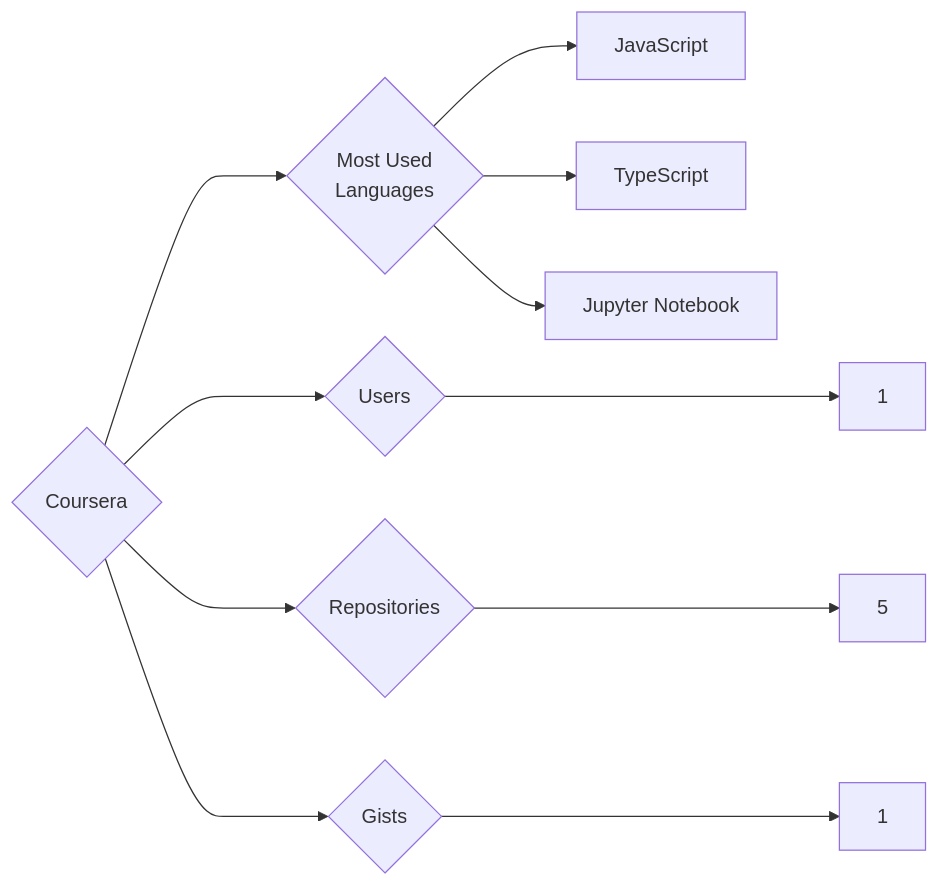
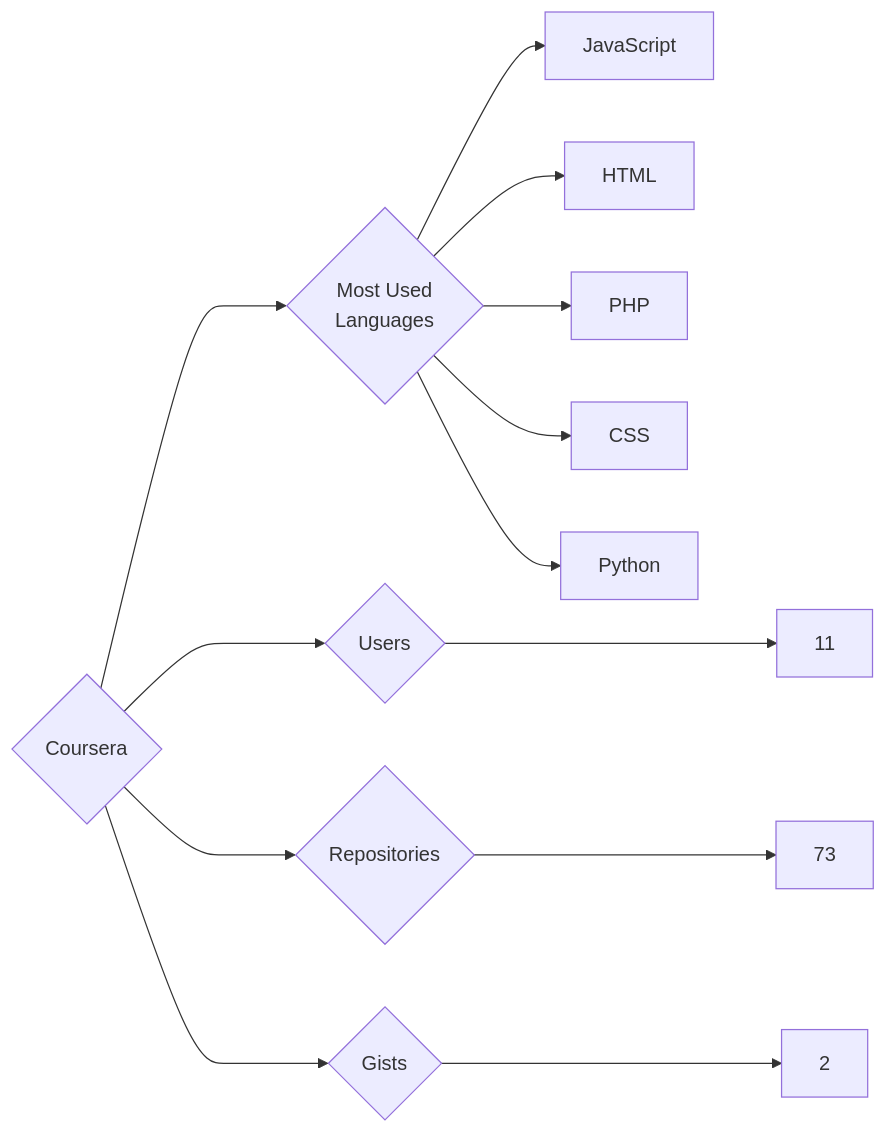
The diagram in targets/Coursera/README.md (trickest/insiders), drawn with Mermaid before and after one commit. The commit also changed 826 other files, not shown here.

````diff
--- a/targets/Coursera/README.md
+++ b/targets/Coursera/README.md
@@ -3,11 +3,13 @@
 ```mermaid
 graph LR
 COMPANY_NAME{Coursera}
-COMPANY_NAME ---> U{Users} ---> UN[1]
-COMPANY_NAME ---> R{Repositories} ---> RN[5]
-COMPANY_NAME ---> G{Gists} ---> GN[1]
+COMPANY_NAME ---> U{Users} ---> UN[11]
+COMPANY_NAME ---> R{Repositories} ---> RN[73]
+COMPANY_NAME ---> G{Gists} ---> GN[2]
 COMPANY_NAME ---> ML{Most Used<br>Languages}
 ML --> JavaScript[JavaScript]
-ML --> TypeScript[TypeScript]
-ML --> Jupyter_Notebook[Jupyter Notebook]
+ML --> HTML[HTML]
+ML --> PHP[PHP]
+ML --> CSS[CSS]
+ML --> Python[Python]
 ```
````
